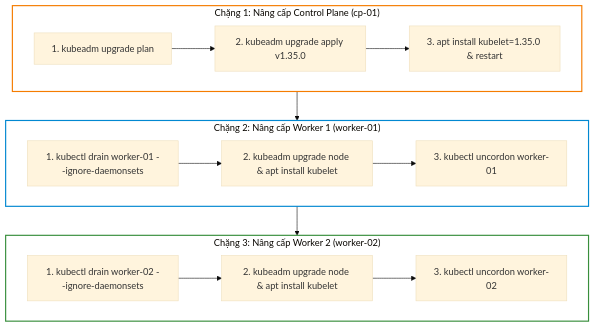
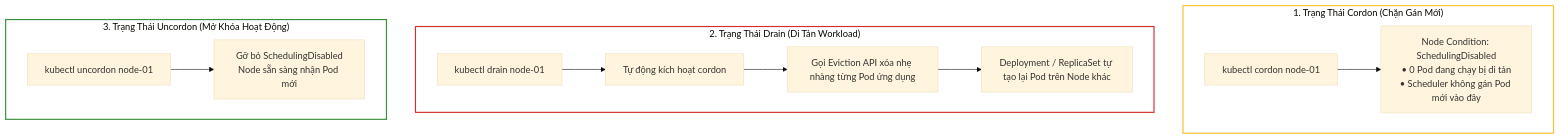
The third of 5 diagrams in _posts/2026-09-12-cka-08-08-nang-cap-cum-va-node.md (kiennt308/ntk), drawn with Mermaid (base theme) before and after one commit. The commit also changed other lines of this file and 39 other files, not shown here.

````diff
--- a/_posts/2026-09-12-cka-08-08-nang-cap-cum-va-node.md
+++ b/_posts/2026-09-12-cka-08-08-nang-cap-cum-va-node.md
@@ -472,24 +111,20 @@
 ```mermaid
 graph TD
-    subgraph Control_Plane_Upgrade ["Chặng 1: Nâng cấp Control Plane (cp-01)"]
-        PLAN["1. kubeadm upgrade plan"] --> APPLY["2. kubeadm upgrade apply v1.35.0"]
-        APPLY --> KLET_CP["3. apt install kubelet=1.35.0 & restart"]
+    subgraph State_Cordon ["1. Trạng Thái Cordon (Chặn Gán Mới)"]
+        C_IN["kubectl cordon node-01"] --> C_STATE["Node Condition: SchedulingDisabled<br/>• 0 Pod đang chạy bị di tản<br/>• Scheduler không gán Pod mới vào đây"]
     end
 
-    subgraph Worker1_Upgrade ["Chặng 2: Nâng cấp Worker 1 (worker-01)"]
-        DRAIN1["1. kubectl drain worker-01 --ignore-daemonsets"] --> UP1["2. kubeadm upgrade node & apt install kubelet"]
-        UP1 --> UNCORD1["3. kubectl uncordon worker-01"]
+    subgraph State_Drain ["2. Trạng Thái Drain (Di Tản Workload)"]
+        D_IN["kubectl drain node-01"] --> D_STEP1["Tự động kích hoạt cordon"]
+        D_STEP1 --> D_STEP2["Gọi Eviction API xóa nhẹ nhàng từng Pod ứng dụng"]
+        D_STEP2 --> D_STEP3["Deployment / ReplicaSet tự tạo lại Pod trên Node khác"]
     end
 
-    subgraph Worker2_Upgrade ["Chặng 3: Nâng cấp Worker 2 (worker-02)"]
-        DRAIN2["1. kubectl drain worker-02 --ignore-daemonsets"] --> UP2["2. kubeadm upgrade node & apt install kubelet"]
-        UP2 --> UNCORD2["3. kubectl uncordon worker-02"]
+    subgraph State_Uncordon ["3. Trạng Thái Uncordon (Mở Khóa Hoạt Động)"]
+        U_IN["kubectl uncordon node-01"] --> U_STATE["Gỡ bỏ SchedulingDisabled<br/>Node sẵn sàng nhận Pod mới"]
     end
 
-    Control_Plane_Upgrade --> Worker1_Upgrade
-    Worker1_Upgrade --> Worker2_Upgrade
-
-    style Control_Plane_Upgrade fill:none,stroke:#f57c00,stroke-width:2px
-    style Worker1_Upgrade fill:none,stroke:#0288d1,stroke-width:2px
-    style Worker2_Upgrade fill:none,stroke:#388e3c,stroke-width:2px
+    style State_Cordon fill:none,stroke:#fbc02d,stroke-width:2px
+    style State_Drain fill:none,stroke:#d32f2f,stroke-width:2px
+    style State_Uncordon fill:none,stroke:#388e3c,stroke-width:2px
 ```
````
